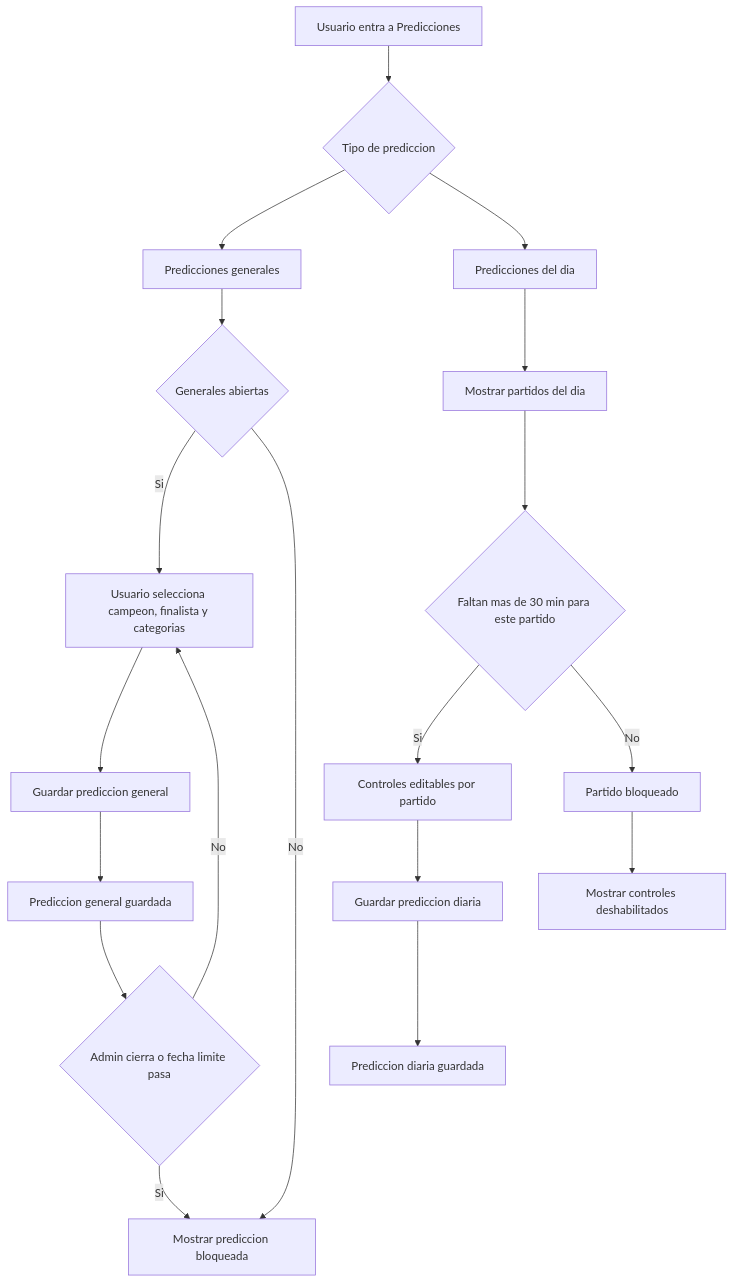
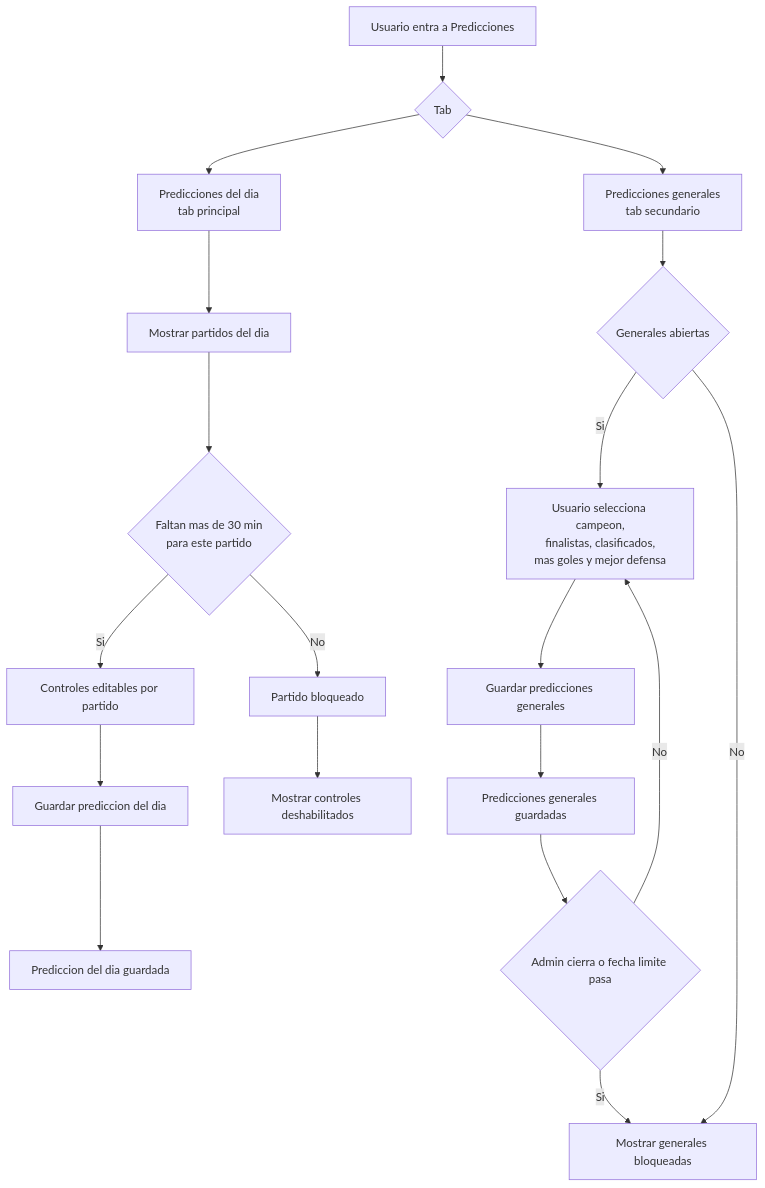
One commit to C3SC0-V4113/ara-world-cup-context-hub changed the diagram in docs/diagrams/prediction-lifecycle.md. Above: the diagram before and after it, drawn with Mermaid. The commit also changed 23 other files, not shown here.

````diff
--- a/docs/diagrams/prediction-lifecycle.md
+++ b/docs/diagrams/prediction-lifecycle.md
@@ -3,23 +3,23 @@
 ```mermaid
 flowchart TD
-  A["Usuario entra a Predicciones"] --> B{"Tipo de prediccion"}
-  B --> C["Predicciones generales"]
-  B --> D["Predicciones del dia"]
+  A["Usuario entra a Predicciones"] --> B{"Tab"}
+  B --> D["Predicciones del dia<br/>tab principal"]
+  B --> C["Predicciones generales<br/>tab secundario"]
 
   C --> E{"Generales abiertas"}
-  E -->|Si| F["Usuario selecciona campeon, finalista y categorias"]
-  F --> G["Guardar prediccion general"]
-  G --> H["Prediccion general guardada"]
-  E -->|No| I["Mostrar prediccion bloqueada"]
+  E -->|Si| F["Usuario selecciona campeon,<br/>finalistas, clasificados,<br/>mas goles y mejor defensa"]
+  F --> G["Guardar predicciones generales"]
+  G --> H["Predicciones generales guardadas"]
+  E -->|No| I["Mostrar generales bloqueadas"]
   H --> J{"Admin cierra o fecha limite pasa"}
   J -->|Si| I
   J -->|No| F
 
   D --> K["Mostrar partidos del dia"]
-  K --> L{"Faltan mas de 30 min para este partido"}
+  K --> L{"Faltan mas de 30 min<br/>para este partido"}
   L -->|Si| M["Controles editables por partido"]
-  M --> N["Guardar prediccion diaria"]
-  N --> O["Prediccion diaria guardada"]
+  M --> N["Guardar prediccion del dia"]
+  N --> O["Prediccion del dia guardada"]
   L -->|No| P["Partido bloqueado"]
   P --> Q["Mostrar controles deshabilitados"]
 ```
````
